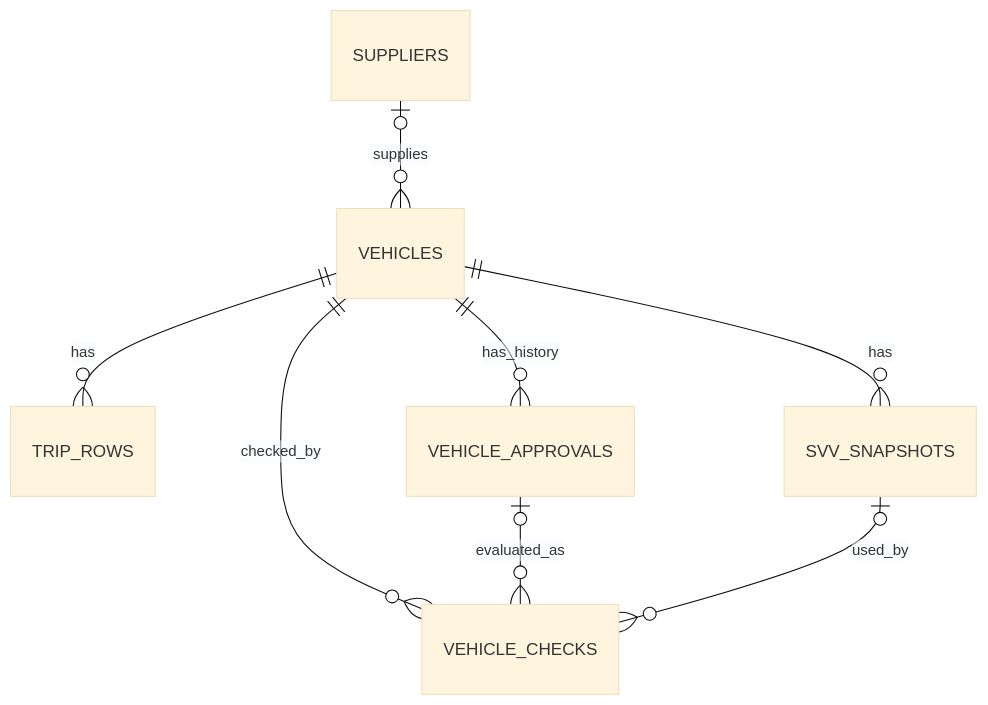
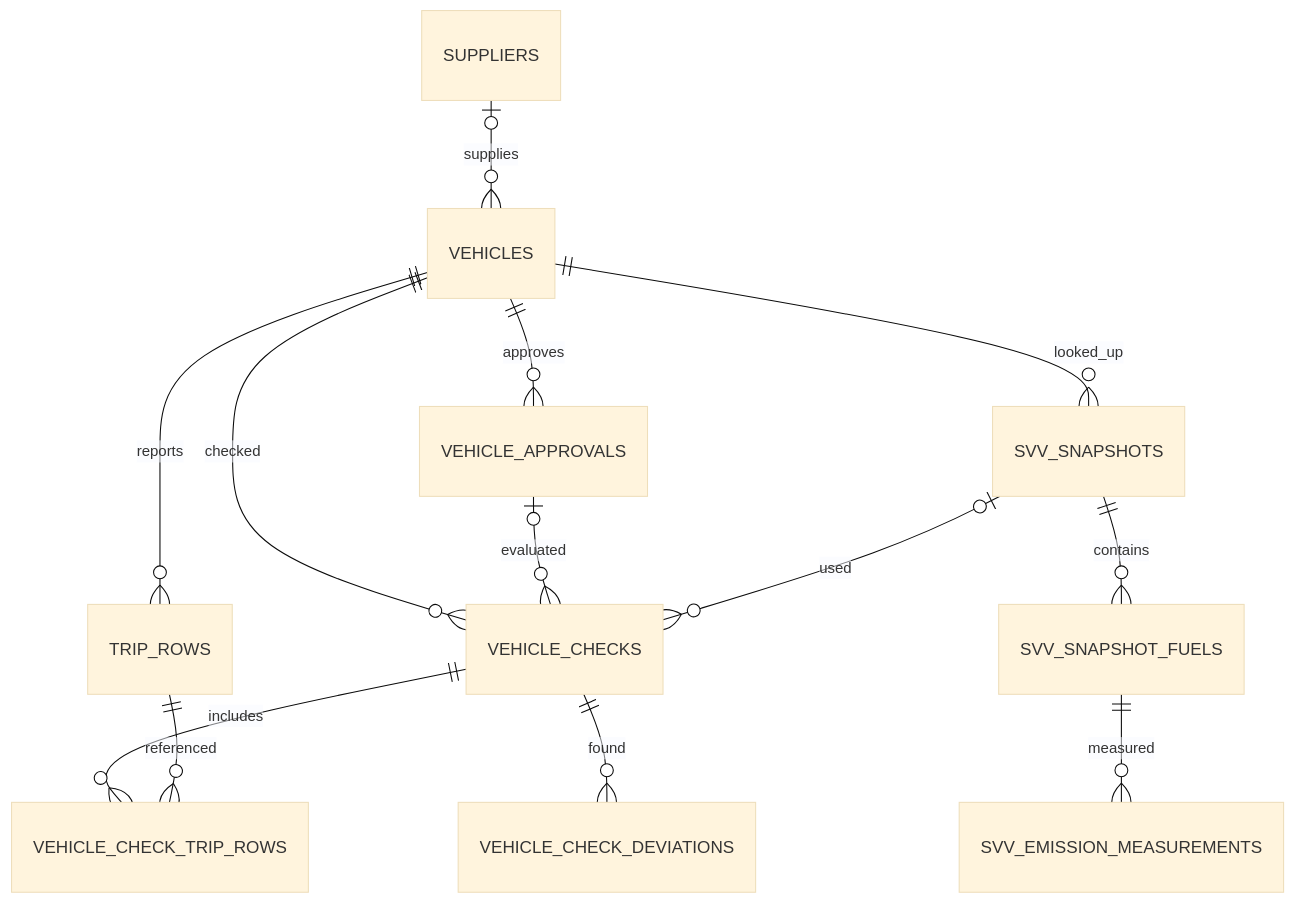
One commit to oskarlarsen/tdt4290-group7 changed the second of 2 diagrams in backend/README.md. Above: the diagram before and after it, drawn with Mermaid (base theme). The commit also changed other lines of this file and 16 other files, not shown here.

First line of the commit message:
feat(vehicles)!: add typed relational storage and selected SVV data

````diff
--- a/backend/README.md
+++ b/backend/README.md
@@ -444,10 +421,15 @@
-```mermaid
+~~~mermaid
 erDiagram
     SUPPLIERS o|--o{ VEHICLES : supplies
-    VEHICLES ||--o{ TRIP_ROWS : has
-    VEHICLES ||--o{ VEHICLE_APPROVALS : has_history
-    VEHICLES ||--o{ SVV_SNAPSHOTS : has
-    VEHICLES ||--o{ VEHICLE_CHECKS : checked_by
-    VEHICLE_APPROVALS o|--o{ VEHICLE_CHECKS : evaluated_as
-    SVV_SNAPSHOTS o|--o{ VEHICLE_CHECKS : used_by
-```
+    VEHICLES ||--o{ TRIP_ROWS : reports
+    VEHICLES ||--o{ VEHICLE_APPROVALS : approves
+    VEHICLES ||--o{ SVV_SNAPSHOTS : looked_up
+    SVV_SNAPSHOTS ||--o{ SVV_SNAPSHOT_FUELS : contains
+    SVV_SNAPSHOT_FUELS ||--o{ SVV_EMISSION_MEASUREMENTS : measured
+    VEHICLES ||--o{ VEHICLE_CHECKS : checked
+    VEHICLE_APPROVALS o|--o{ VEHICLE_CHECKS : evaluated
+    SVV_SNAPSHOTS o|--o{ VEHICLE_CHECKS : used
+    VEHICLE_CHECKS ||--o{ VEHICLE_CHECK_TRIP_ROWS : includes
+    TRIP_ROWS ||--o{ VEHICLE_CHECK_TRIP_ROWS : referenced
+    VEHICLE_CHECKS ||--o{ VEHICLE_CHECK_DEVIATIONS : found
+~~~
````
